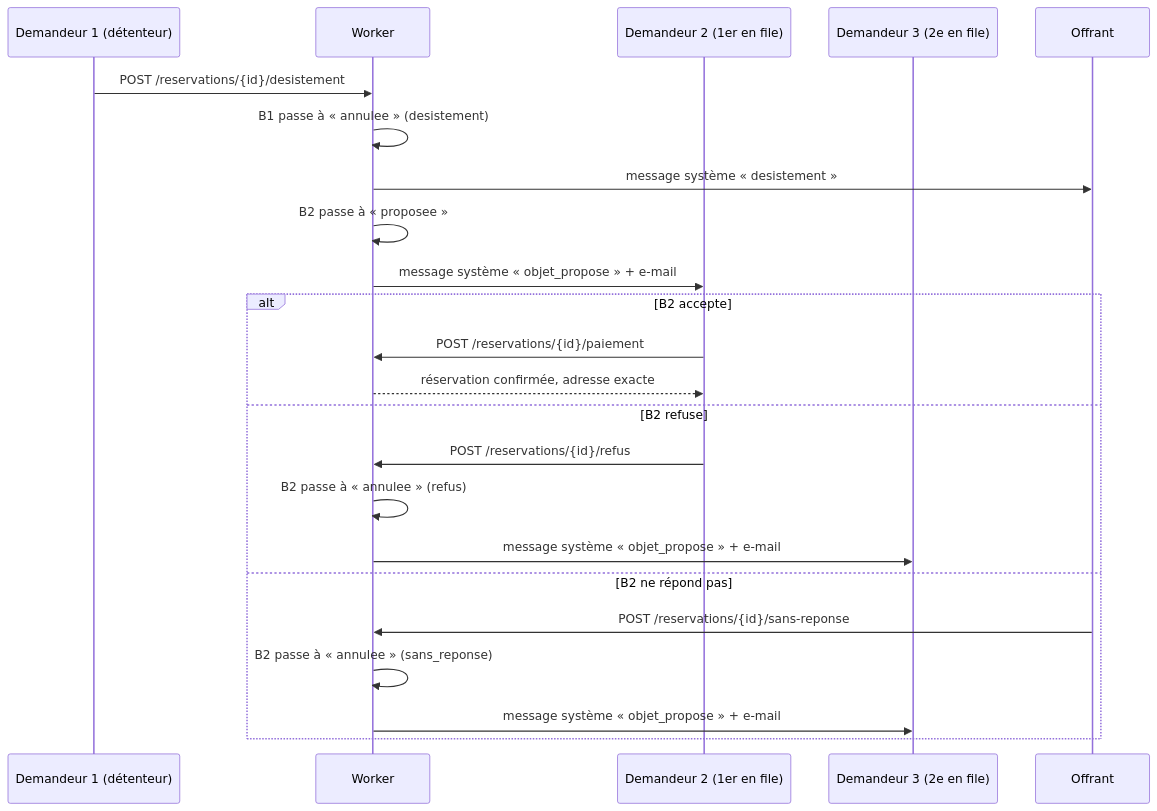
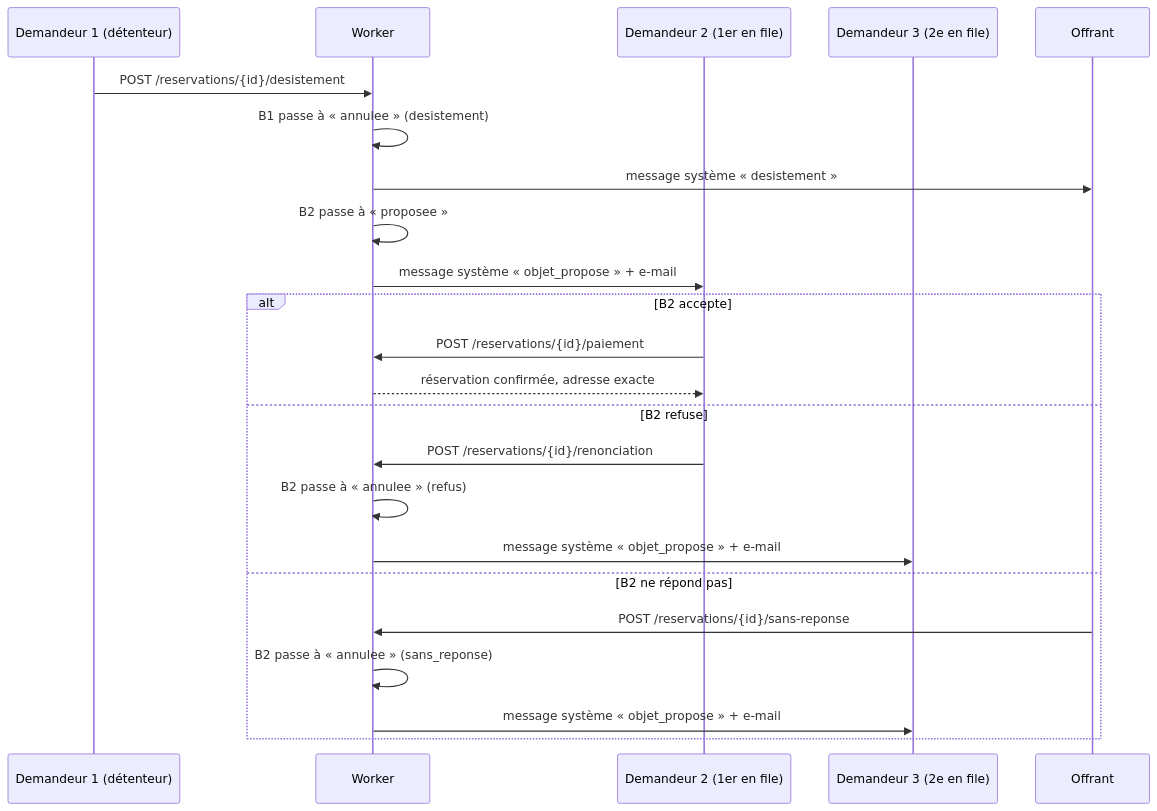
One commit to GuillaumeLorel/m2gdp-g6-don changed the fourth of 4 diagrams in specs/data-model.md. Above: the diagram before and after it, drawn with Mermaid. The commit also changed 2 other files, not shown here.

Commit message:
feat(presentation): tous les tickets et partie DEV complete
- PO : les 14 EPICs et les 48 tickets, avec leur etat reel et l'avancement
  par jalon. La liste s'arretait a #44.
- DEV : architecture, technologies, regles cles, changements en route,
  deploiement, tests et donnees.
- Routes : etat releve sur l'API en ligne (32 en ligne, 18 non developpees).
- Sequence du desistement : /refus devient /renonciation, la route du contrat.

````diff
--- a/specs/data-model.md
+++ b/specs/data-model.md
@@ -393,26 +393,26 @@
 ```mermaid
 sequenceDiagram
     participant B1 as Demandeur 1 (détenteur)
     participant W as Worker
     participant B2 as Demandeur 2 (1er en file)
     participant B3 as Demandeur 3 (2e en file)
     participant D as Offrant
 
     B1->>W: POST /reservations/{id}/desistement
     W->>W: B1 passe à « annulee » (desistement)
     W->>D: message système « desistement »
     W->>W: B2 passe à « proposee »
     W->>B2: message système « objet_propose » + e-mail
     alt B2 accepte
         B2->>W: POST /reservations/{id}/paiement
         W-->>B2: réservation confirmée, adresse exacte
     else B2 refuse
-        B2->>W: POST /reservations/{id}/refus
+        B2->>W: POST /reservations/{id}/renonciation
         W->>W: B2 passe à « annulee » (refus)
         W->>B3: message système « objet_propose » + e-mail
     else B2 ne répond pas
         D->>W: POST /reservations/{id}/sans-reponse
         W->>W: B2 passe à « annulee » (sans_reponse)
         W->>B3: message système « objet_propose » + e-mail
     end
 ```
````
